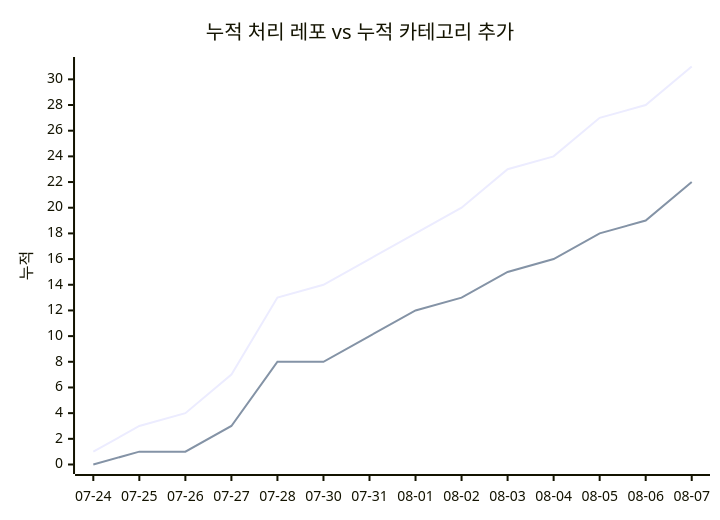
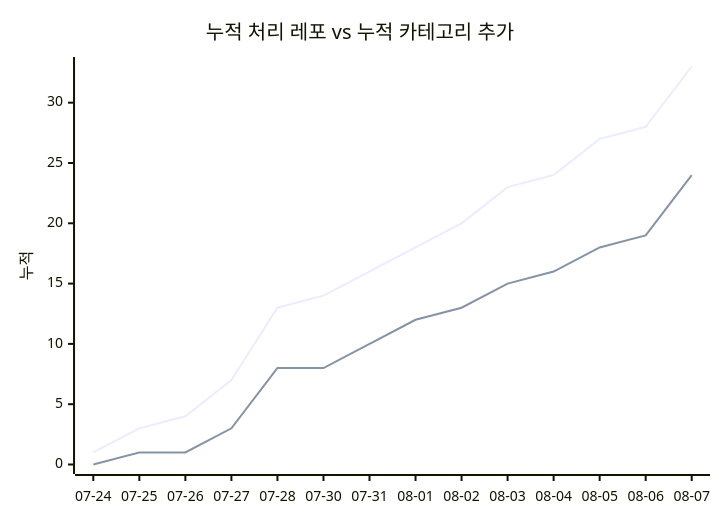
The second of 2 diagrams in docs/trends.md (J-nowcow/awesome-korean-agent-skills), drawn with Mermaid before and after one commit. The commit also changed other lines of this file and 3 other files, not shown here.

````diff
--- a/docs/trends.md
+++ b/docs/trends.md
@@ -68,8 +68,8 @@
 ```mermaid
 xychart-beta
     title "누적 처리 레포 vs 누적 카테고리 추가"
     x-axis ["07-24","07-25","07-26","07-27","07-28","07-30","07-31","08-01","08-02","08-03","08-04","08-05","08-06","08-07"]
     y-axis "누적"
-    line [1,3,4,7,13,14,16,18,20,23,24,27,28,31]
-    line [0,1,1,3,8,8,10,12,13,15,16,18,19,22]
+    line [1,3,4,7,13,14,16,18,20,23,24,27,28,33]
+    line [0,1,1,3,8,8,10,12,13,15,16,18,19,24]
 ```
````
